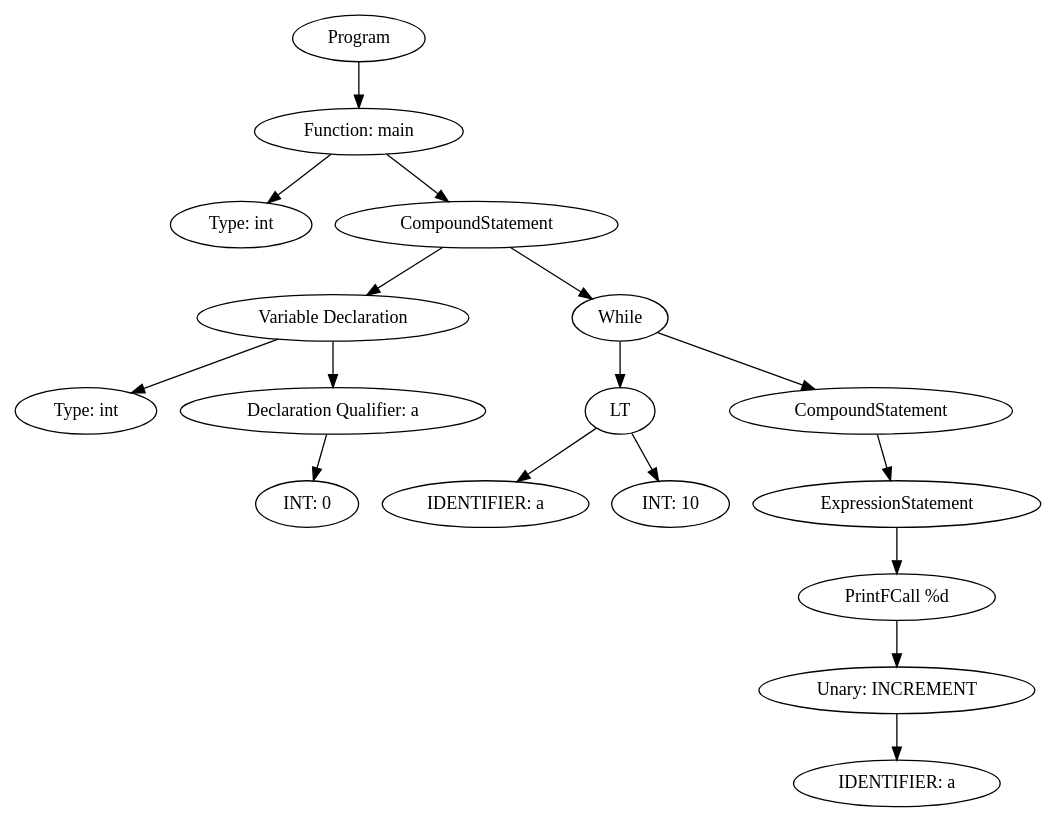
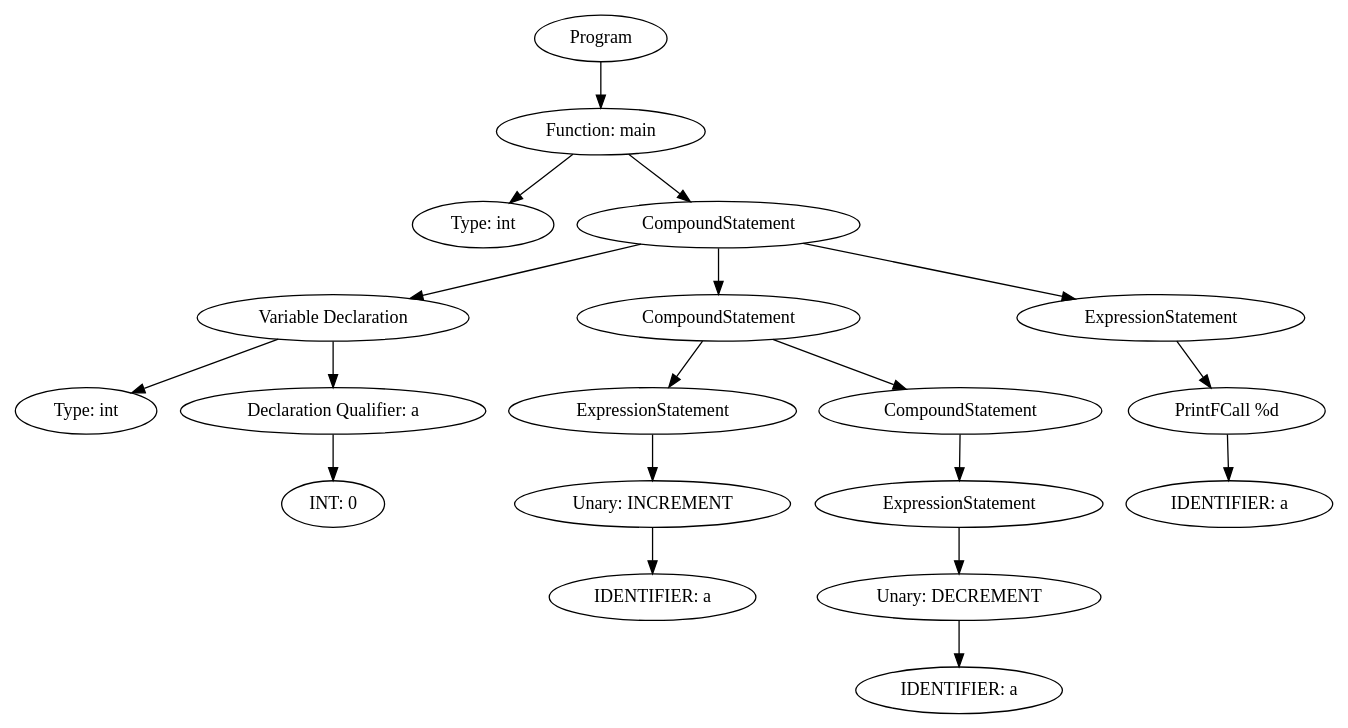
Before and after one commit to ArneDePeuter/UA-2024-Compiler: the diagram in output/afor_AST.dot, drawn with Graphviz. The commit also changed 15 other files, not shown here.

```diff
--- a/output/afor_AST.dot
+++ b/output/afor_AST.dot
@@ -1,35 +1,39 @@
 digraph ExpressionGraph {
-4478453520 [label="Program"];
-4478453520 -> 4478453776;
-4478453776 [label="Function: main"];
-4478453776 -> 4471278416;
-4471278416 [label="Type: int "];
-4478453776 -> 4478211216;
-4478211216 [label="CompoundStatement"];
-4478211216 -> 4478454480;
-4478454480 [label="Variable Declaration"];
-4478454480 -> 4478453136;
-4478453136 [label="Type: int "];
-4478454480 -> 4478454800;
-4478454800 [label="Declaration Qualifier: a"];
-4478454800 -> 4478453072;
-4478453072 [label="INT: 0"];
-4478211216 -> 4478210768;
-4478210768 [label="While"];
-4478210768 -> 4478454288;
-4478454288 [label="LT"];
-4478454288 -> 4478454352;
-4478454288 -> 4478454416;
-4478454352 [label="IDENTIFIER: a"];
-4478454416 [label="INT: 10"];
-4478210768 -> 4478211536;
-4478211536 [label="CompoundStatement"];
-4478211536 -> 4478453904;
-4478453904 [label="ExpressionStatement"];
-4478453904 -> 4478453712;
-4478453712 [label="PrintFCall %d"];
-4478453712 -> 4478453648;
-4478453648 [label="Unary: INCREMENT"];
-4478453648 -> 4478454160;
-4478454160 [label="IDENTIFIER: a"];
+4520593232 [label="Program"];
+4520593232 -> 4520592400;
+4520592400 [label="Function: main"];
+4520592400 -> 4520592848;
+4520592848 [label="Type: int "];
+4520592400 -> 4520592720;
+4520592720 [label="CompoundStatement"];
+4520592720 -> 4520594000;
+4520594000 [label="Variable Declaration"];
+4520594000 -> 4520594128;
+4520594128 [label="Type: int "];
+4520594000 -> 4513594128;
+4513594128 [label="Declaration Qualifier: a"];
+4513594128 -> 4513712336;
+4513712336 [label="INT: 0"];
+4520592720 -> 4520382736;
+4520382736 [label="CompoundStatement"];
+4520382736 -> 4520592464;
+4520592464 [label="ExpressionStatement"];
+4520592464 -> 4520594064;
+4520594064 [label="Unary: INCREMENT"];
+4520594064 -> 4520592656;
+4520592656 [label="IDENTIFIER: a"];
+4520382736 -> 4520384912;
+4520384912 [label="CompoundStatement"];
+4520384912 -> 4520593168;
+4520593168 [label="ExpressionStatement"];
+4520593168 -> 4520594192;
+4520594192 [label="Unary: DECREMENT"];
+4520594192 -> 4520594256;
+4520594256 [label="IDENTIFIER: a"];
+4520592720 -> 4520592528;
+4520592528 [label="ExpressionStatement"];
+4520592528 -> 4520594320;
+4520594320 [label="PrintFCall %d"];
+4520594320 -> 4520384720;
+4520384720 [label="IDENTIFIER: a"];
 }
```
